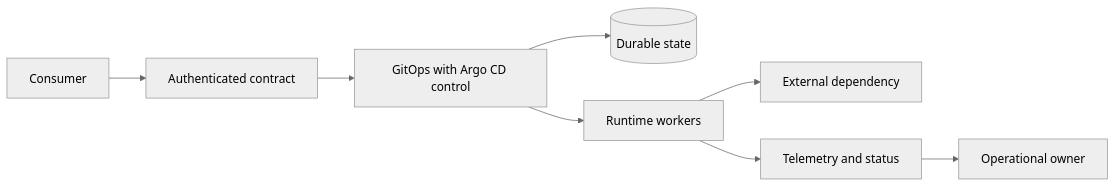
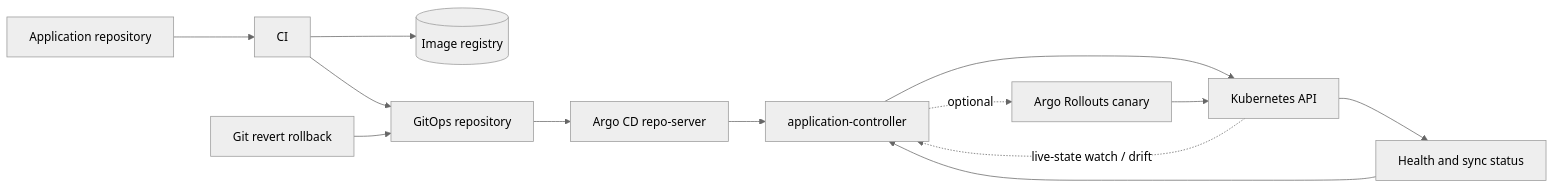
The diagram in docs/architecture/gitops-argocd.md (m1mohamad/devops-sre-prep), drawn with Mermaid (neutral theme) before and after one commit. The commit also changed other lines of this file and 61 other files, not shown here.

Commit message:
Replace generic architecture and study templates

````diff
--- a/docs/architecture/gitops-argocd.md
+++ b/docs/architecture/gitops-argocd.md
@@ -15,10 +15,10 @@
 ```mermaid
 flowchart LR
-  User[Consumer] --> Edge[Authenticated contract]
-  Edge --> Control[GitOps with Argo CD control]
-  Control --> State[(Durable state)]
-  Control --> Runtime[Runtime workers]
-  Runtime --> Dependency[External dependency]
-  Runtime --> Signals[Telemetry and status]
-  Signals --> Owner[Operational owner]
+  App[Application repository] --> CI[CI] --> Registry[(Image registry)]
+  CI --> GitOps[GitOps repository] --> Repo[Argo CD repo-server]
+  Repo --> Controller[application-controller] --> API[Kubernetes API]
+  API --> Status[Health and sync status] --> Controller
+  API -. live-state watch / drift .-> Controller
+  Revert[Git revert rollback] --> GitOps
+  Controller -. optional .-> Rollouts[Argo Rollouts canary] --> API
 ```
````
